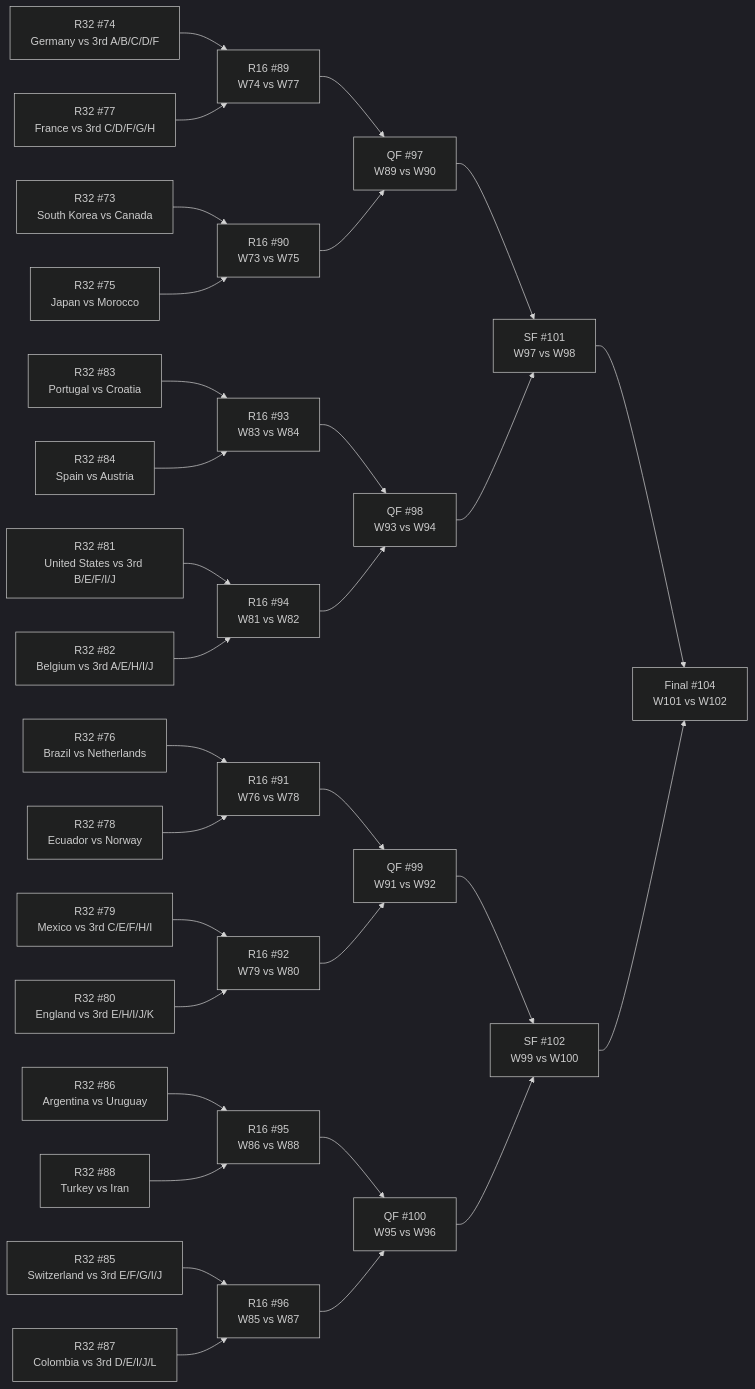
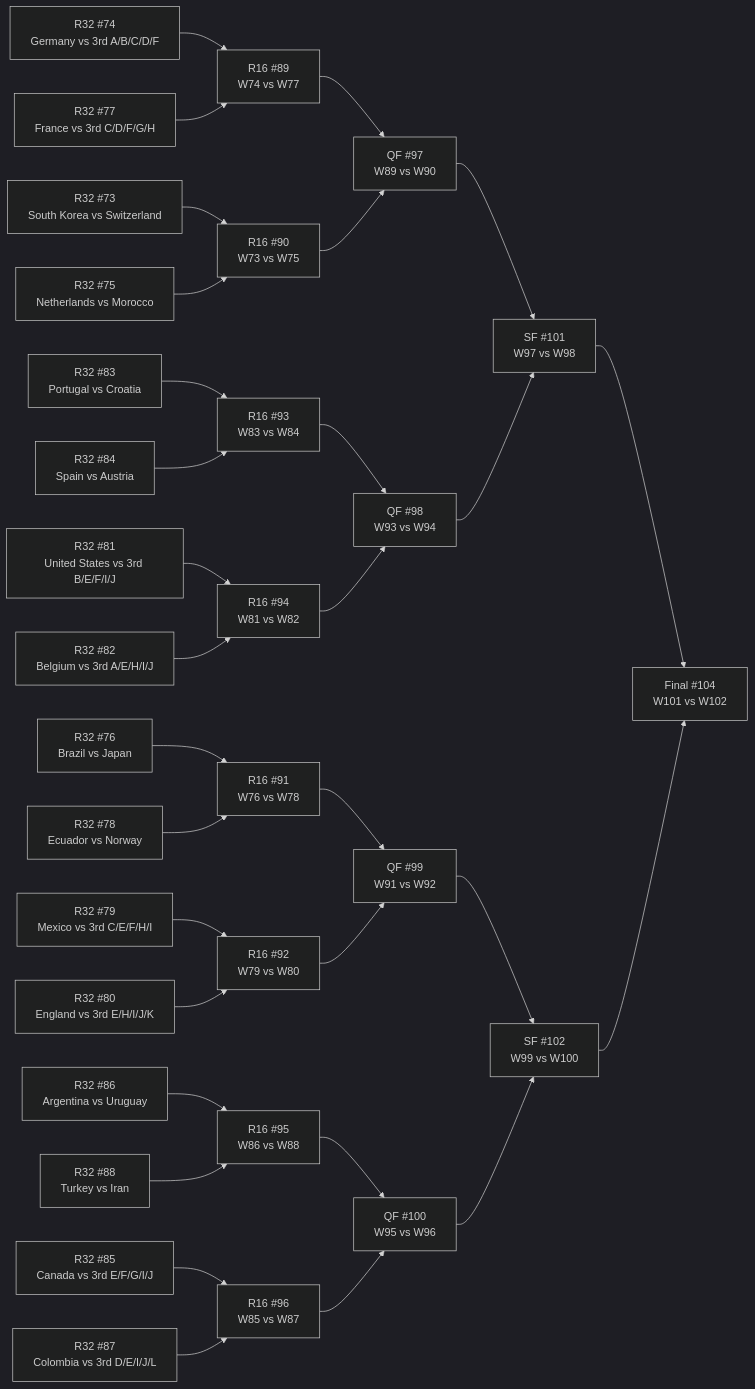
One commit to Tutai-Tran/WC-2026-predictor changed the diagram in WC vault/_bracket.md. Above: the diagram before and after it, drawn with Mermaid (dark theme). The commit also changed 232 other files, not shown here.

````diff
--- a/WC vault/_bracket.md
+++ b/WC vault/_bracket.md
@@ -11,64 +11,64 @@
 ```mermaid
 flowchart LR
-  M73["R32 #73<br>South Korea vs Canada"]
+  M73["R32 #73<br>South Korea vs Switzerland"]
   M74["R32 #74<br>Germany vs 3rd A/B/C/D/F"]
-  M75["R32 #75<br>Japan vs Morocco"]
-  M76["R32 #76<br>Brazil vs Netherlands"]
+  M75["R32 #75<br>Netherlands vs Morocco"]
+  M76["R32 #76<br>Brazil vs Japan"]
   M77["R32 #77<br>France vs 3rd C/D/F/G/H"]
   M78["R32 #78<br>Ecuador vs Norway"]
   M79["R32 #79<br>Mexico vs 3rd C/E/F/H/I"]
   M80["R32 #80<br>England vs 3rd E/H/I/J/K"]
   M81["R32 #81<br>United States vs 3rd B/E/F/I/J"]
   M82["R32 #82<br>Belgium vs 3rd A/E/H/I/J"]
   M83["R32 #83<br>Portugal vs Croatia"]
   M84["R32 #84<br>Spain vs Austria"]
-  M85["R32 #85<br>Switzerland vs 3rd E/F/G/I/J"]
+  M85["R32 #85<br>Canada vs 3rd E/F/G/I/J"]
   M86["R32 #86<br>Argentina vs Uruguay"]
   M87["R32 #87<br>Colombia vs 3rd D/E/I/J/L"]
   M88["R32 #88<br>Turkey vs Iran"]
   M89["R16 #89<br>W74 vs W77"]
   M90["R16 #90<br>W73 vs W75"]
   M91["R16 #91<br>W76 vs W78"]
   M92["R16 #92<br>W79 vs W80"]
   M93["R16 #93<br>W83 vs W84"]
   M94["R16 #94<br>W81 vs W82"]
   M95["R16 #95<br>W86 vs W88"]
   M96["R16 #96<br>W85 vs W87"]
   M97["QF #97<br>W89 vs W90"]
   M98["QF #98<br>W93 vs W94"]
   M99["QF #99<br>W91 vs W92"]
   M100["QF #100<br>W95 vs W96"]
   M101["SF #101<br>W97 vs W98"]
   M102["SF #102<br>W99 vs W100"]
   M104["Final #104<br>W101 vs W102"]
   M74 --> M89
   M77 --> M89
   M73 --> M90
   M75 --> M90
   M76 --> M91
   M78 --> M91
   M79 --> M92
   M80 --> M92
   M83 --> M93
   M84 --> M93
   M81 --> M94
   M82 --> M94
   M86 --> M95
   M88 --> M95
   M85 --> M96
   M87 --> M96
   M89 --> M97
   M90 --> M97
   M93 --> M98
   M94 --> M98
   M91 --> M99
   M92 --> M99
   M95 --> M100
   M96 --> M100
   M97 --> M101
   M98 --> M101
   M99 --> M102
   M100 --> M102
   M101 --> M104
   M102 --> M104
 ```
````
